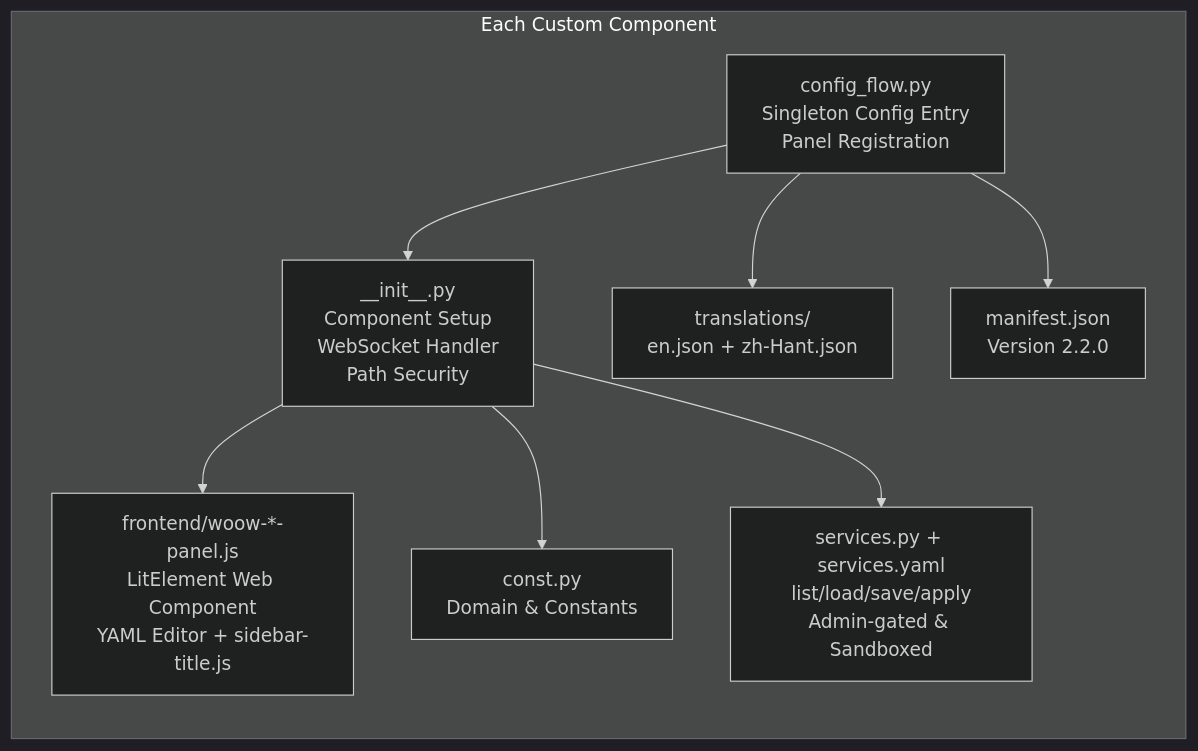
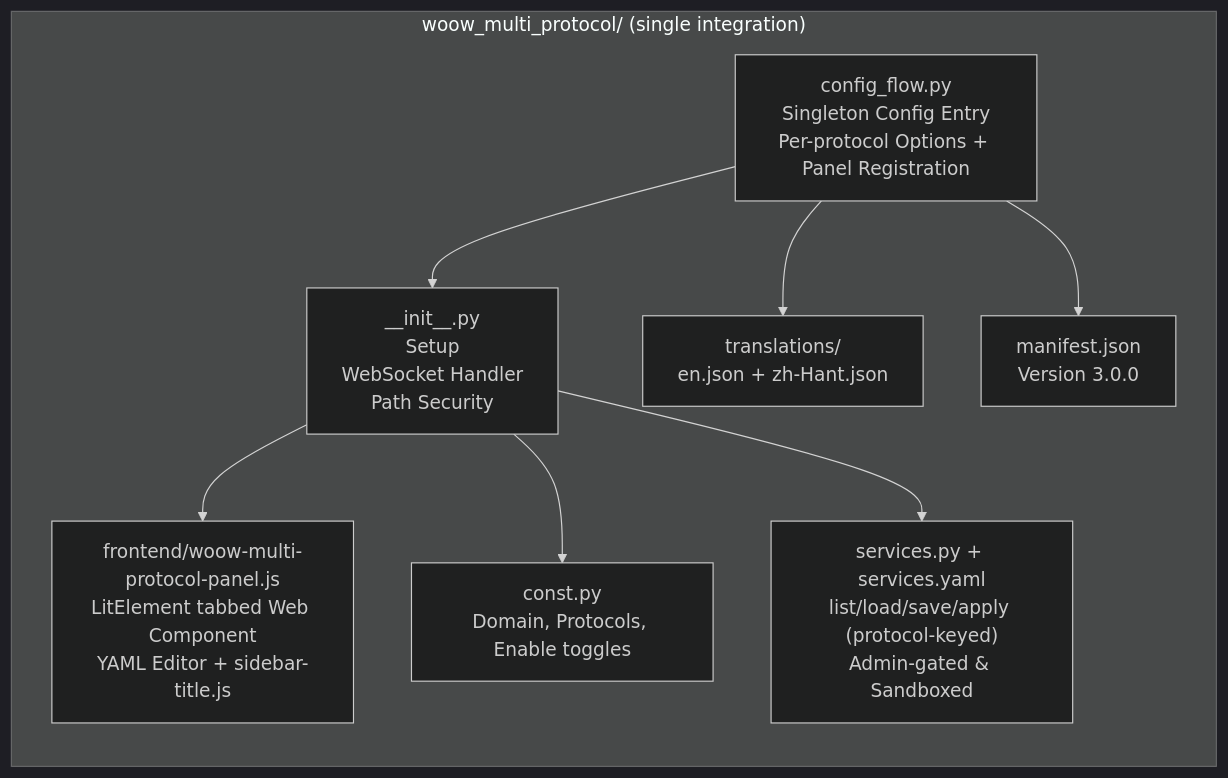
One commit to WOOWTECH/Woow_ha_multi_protocol_connect changed the second of 4 diagrams in README.md. Above: the diagram before and after it, drawn with Mermaid (dark theme). The commit also changed other lines of this file and 53 other files, not shown here.

````diff
--- a/README.md
+++ b/README.md
@@ -177,20 +163,20 @@
 ```mermaid
 graph LR
-    subgraph "Each Custom Component"
+    subgraph "woow_multi_protocol/ (single integration)"
         direction TB
-        INIT["__init__.py<br/>Component Setup<br/>WebSocket Handler<br/>Path Security"]
-        FLOW["config_flow.py<br/>Singleton Config Entry<br/>Panel Registration"]
-        CONST["const.py<br/>Domain & Constants"]
-        SERVICES["services.py + services.yaml<br/>list/load/save/apply<br/>Admin-gated & Sandboxed"]
-        PANEL["frontend/woow-*-panel.js<br/>LitElement Web Component<br/>YAML Editor + sidebar-title.js"]
+        INIT["__init__.py<br/>Setup<br/>WebSocket Handler<br/>Path Security"]
+        FLOW["config_flow.py<br/>Singleton Config Entry<br/>Per-protocol Options + Panel Registration"]
+        CONST["const.py<br/>Domain, Protocols, Enable toggles"]
+        SERVICES["services.py + services.yaml<br/>list/load/save/apply (protocol-keyed)<br/>Admin-gated & Sandboxed"]
+        PANEL["frontend/woow-multi-protocol-panel.js<br/>LitElement tabbed Web Component<br/>YAML Editor + sidebar-title.js"]
         I18N["translations/<br/>en.json + zh-Hant.json"]
-        MANIFEST["manifest.json<br/>Version 2.2.0"]
+        MANIFEST["manifest.json<br/>Version 3.0.0"]
     end
 
     FLOW --> INIT
     INIT --> PANEL
     INIT --> CONST
     INIT --> SERVICES
     FLOW --> I18N
     FLOW --> MANIFEST
 ```
````
